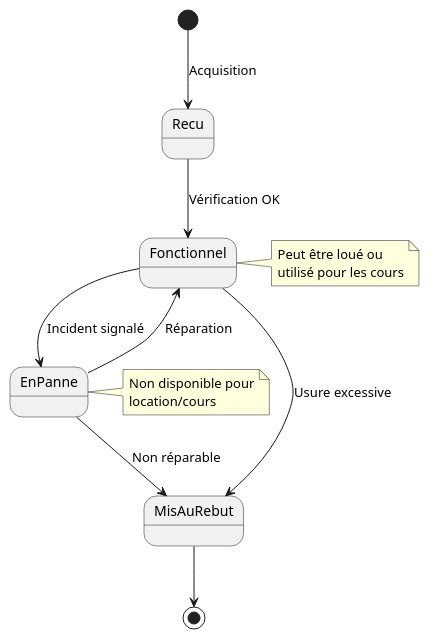
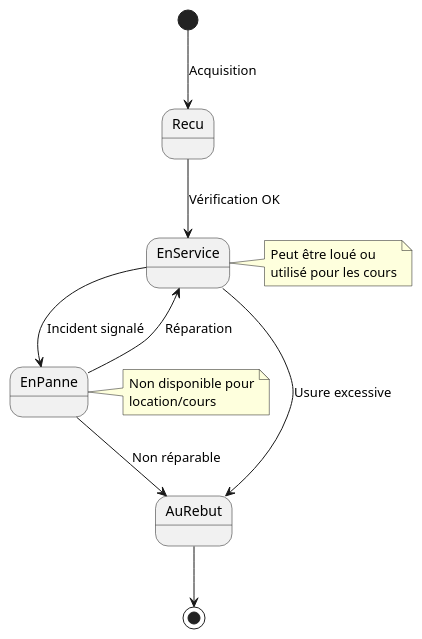
Before and after one commit to Hugo-COLLIN/MIAGE_CSI_NauticalClub: the diagram in docs/1-analysis/equipmentStateDiagram.puml, drawn with PlantUML. The commit also changed 4 other files, not shown here.

```diff
--- a/docs/1-analysis/equipmentStateDiagram.puml
+++ b/docs/1-analysis/equipmentStateDiagram.puml
@@ -1,19 +1,19 @@
 @startuml
     [*] --> Recu: Acquisition
-    Recu --> Fonctionnel: Vérification OK
-    Fonctionnel --> EnPanne: Incident signalé
-    EnPanne --> Fonctionnel: Réparation
-    EnPanne --> MisAuRebut: Non réparable
-    Fonctionnel --> MisAuRebut: Usure excessive
-    MisAuRebut --> [*]
+    Recu --> EnService: Vérification OK
+    EnService --> EnPanne: Incident signalé
+    EnPanne --> EnService: Réparation
+    EnPanne --> AuRebut: Non réparable
+    EnService --> AuRebut: Usure excessive
+    AuRebut --> [*]
 
-    note right of Fonctionnel
+    note right of EnService
         Peut être loué ou
         utilisé pour les cours
     end note
 
     note right of EnPanne
         Non disponible pour
         location/cours
     end note
 @enduml
```
